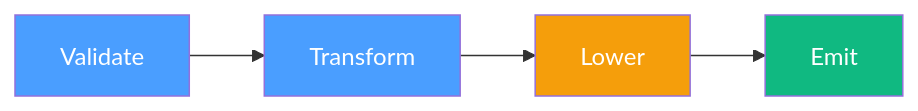
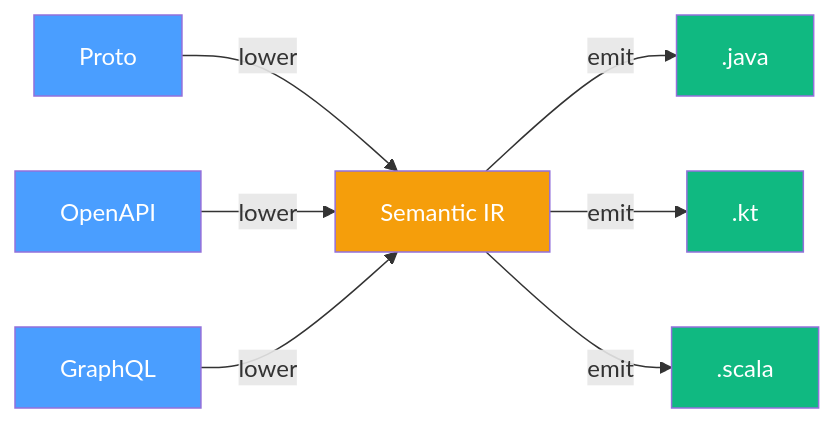
The diagram in README.md (alnovis/ircraft), drawn with Mermaid before and after one commit. The commit also changed other lines of this file and 21 other files, not shown here.

First line of the commit message:
Redesign Proto Dialect, add OpenAPI/GraphQL, build Dialect Framework

````diff
--- a/README.md
+++ b/README.md
@@ -128,9 +11,17 @@
 ```mermaid
 flowchart LR
-    P1["Validate"] --> P2["Transform"] --> P3["Lower"] --> P4["Emit"]
+    A1["Proto"] -->|lower| S["Semantic IR"]
+    A2["OpenAPI"] -->|lower| S
+    A3["GraphQL"] -->|lower| S
+    S -->|emit| B1[".java"]
+    S -->|emit| B2[".kt"]
+    S -->|emit| B3[".scala"]
 
-    style P1 fill:#4a9eff,color:#fff
-    style P2 fill:#4a9eff,color:#fff
-    style P3 fill:#f59e0b,color:#fff
-    style P4 fill:#10b981,color:#fff
+    style S fill:#f59e0b,color:#fff
+    style A1 fill:#4a9eff,color:#fff
+    style A2 fill:#4a9eff,color:#fff
+    style A3 fill:#4a9eff,color:#fff
+    style B1 fill:#10b981,color:#fff
+    style B2 fill:#10b981,color:#fff
+    style B3 fill:#10b981,color:#fff
 ```
````
